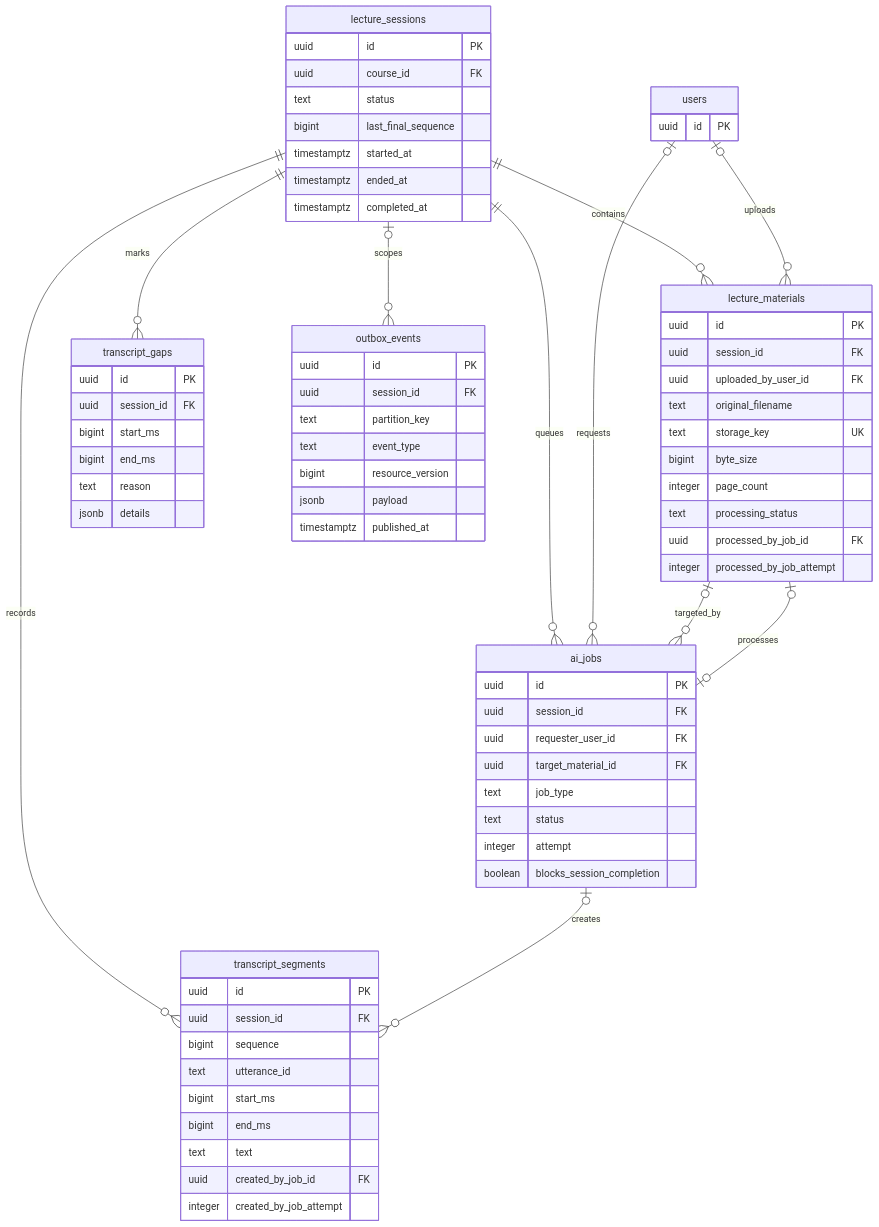
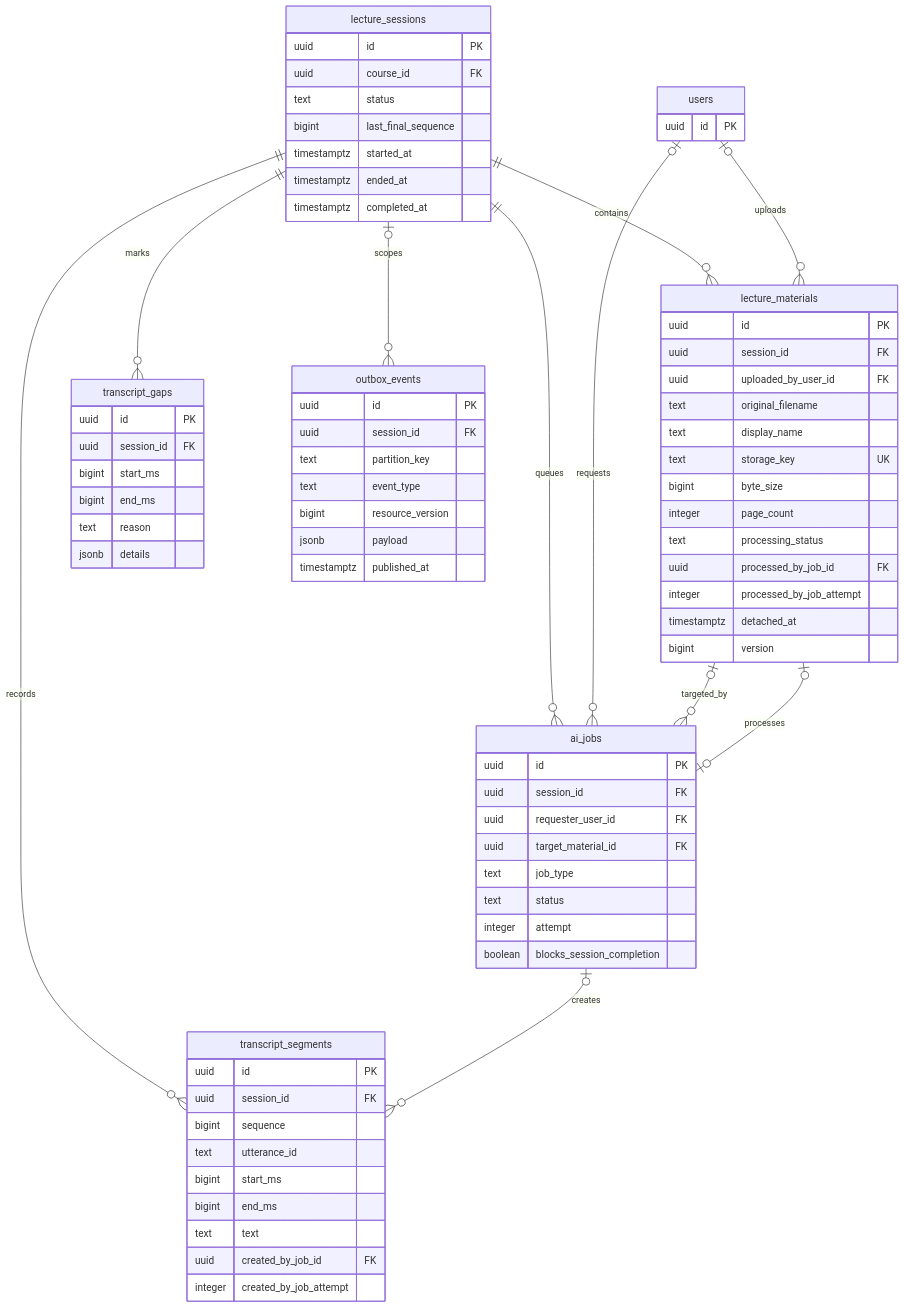
The second of 5 diagrams in docs/database/ERD.md (madcamp-official/26s-w2-c2-08), drawn with Mermaid before and after one commit. The commit also changed other lines of this file and 1 other file, not shown here.

```diff
--- a/docs/database/ERD.md
+++ b/docs/database/ERD.md
@@ -150,12 +150,15 @@
         uuid session_id FK
         uuid uploaded_by_user_id FK
         text original_filename
+        text display_name
         text storage_key UK
         bigint byte_size
         integer page_count
         text processing_status
         uuid processed_by_job_id FK
         integer processed_by_job_attempt
+        timestamptz detached_at
+        bigint version
     }
 
     transcriptSegments["transcript_segments"] {
```
